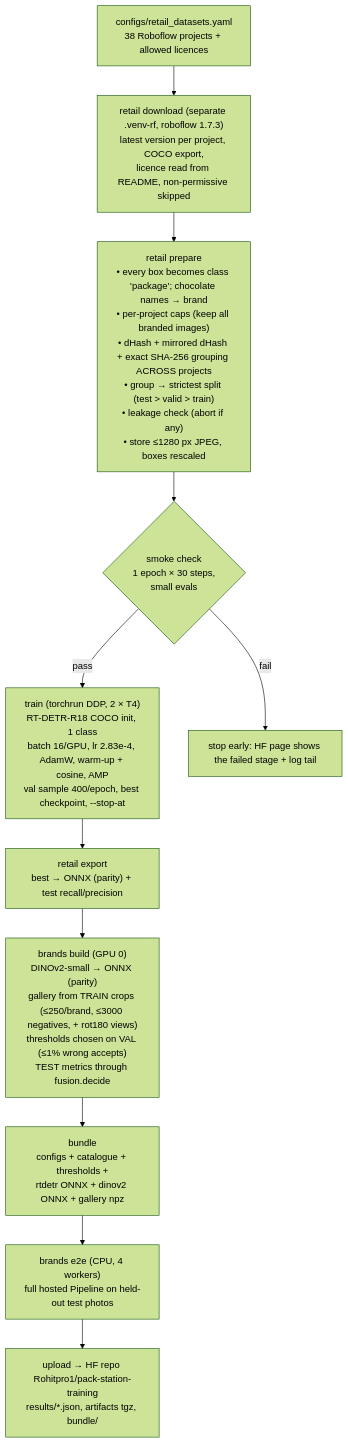
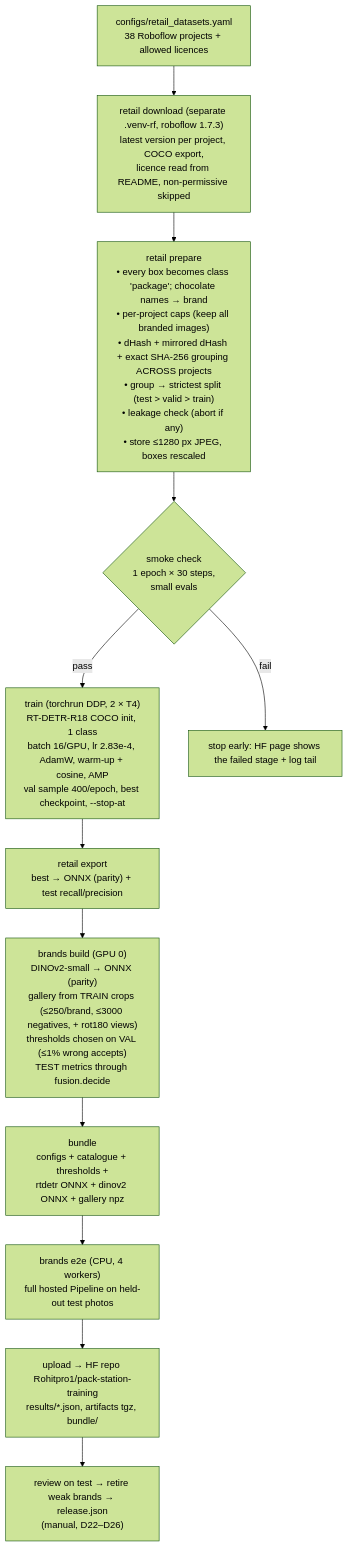
One commit to Rohitpro1/product-vision-station changed the fifth of 8 diagrams in docs/HANDOFF.md. Above: the diagram before and after it, drawn with Mermaid (forest theme). The commit also changed other lines of this file and 21 other files, not shown here.

Commit message:
Run 2 deployed: evidence, decisions D22-D27, README, verification and handoff for release v2-retail-brands-keep5

````diff
--- a/docs/HANDOFF.md
+++ b/docs/HANDOFF.md
@@ -327,14 +301,15 @@
 ```mermaid
 flowchart TD
     A[configs/retail_datasets.yaml<br/>38 Roboflow projects + allowed licences] --> B
     B["retail download (separate .venv-rf, roboflow 1.7.3)<br/>latest version per project, COCO export,<br/>licence read from README, non-permissive skipped"] --> C
     C["retail prepare<br/>• every box becomes class 'package'; chocolate names → brand<br/>• per-project caps (keep all branded images)<br/>• dHash + mirrored dHash + exact SHA-256 grouping ACROSS projects<br/>• group → strictest split (test > valid > train)<br/>• leakage check (abort if any)<br/>• store ≤1280 px JPEG, boxes rescaled"] --> D
     D{smoke check<br/>1 epoch × 30 steps,<br/>small evals} -->|pass| E
     D -->|fail| Z["stop early: HF page shows the failed stage + log tail"]
     E["train (torchrun DDP, 2 × T4)<br/>RT-DETR-R18 COCO init, 1 class<br/>batch 16/GPU, lr 2.83e-4, AdamW, warm-up + cosine, AMP<br/>val sample 400/epoch, best checkpoint, --stop-at"] --> F
     F["retail export<br/>best → ONNX (parity) + test recall/precision"] --> G
     G["brands build (GPU 0)<br/>DINOv2-small → ONNX (parity)<br/>gallery from TRAIN crops (≤250/brand, ≤3000 negatives, + rot180 views)<br/>thresholds chosen on VAL (≤1% wrong accepts)<br/>TEST metrics through fusion.decide"] --> H
     H["bundle<br/>configs + catalogue + thresholds +<br/>rtdetr ONNX + dinov2 ONNX + gallery npz"] --> I
     I["brands e2e (CPU, 4 workers)<br/>full hosted Pipeline on held-out test photos"] --> J
-    J["upload → HF repo Rohitpro1/pack-station-training<br/>results/*.json, artifacts tgz, bundle/"]
+    J["upload → HF repo Rohitpro1/pack-station-training<br/>results/*.json, artifacts tgz, bundle/"] --> K
+    K["review on test → retire weak brands → release.json<br/>(manual, D22–D26)"]
 ```
````
